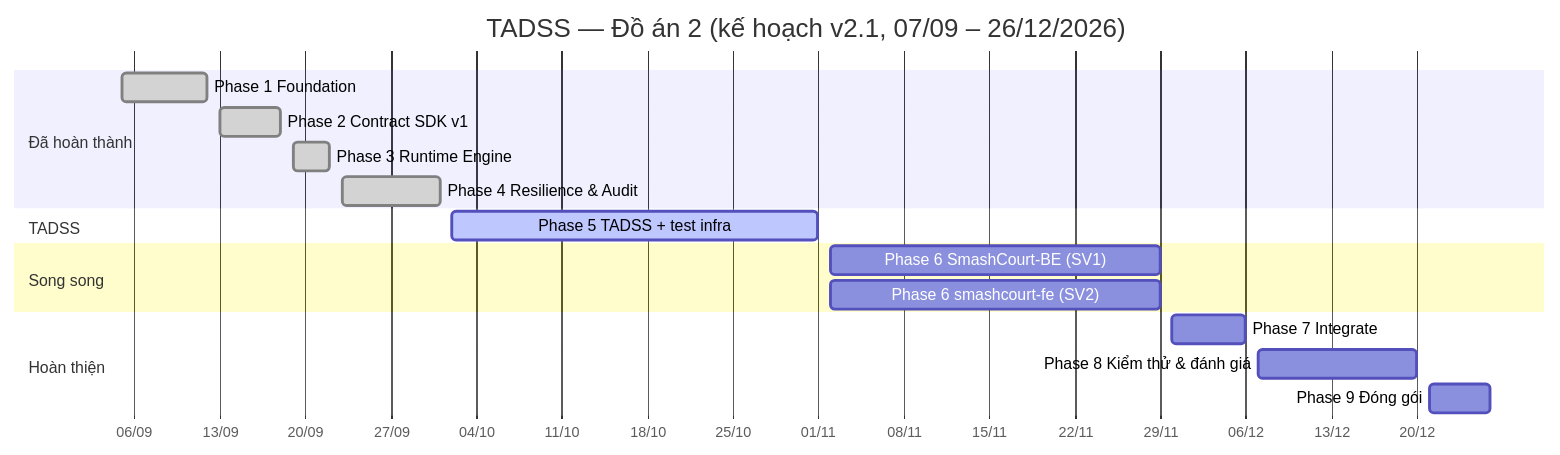
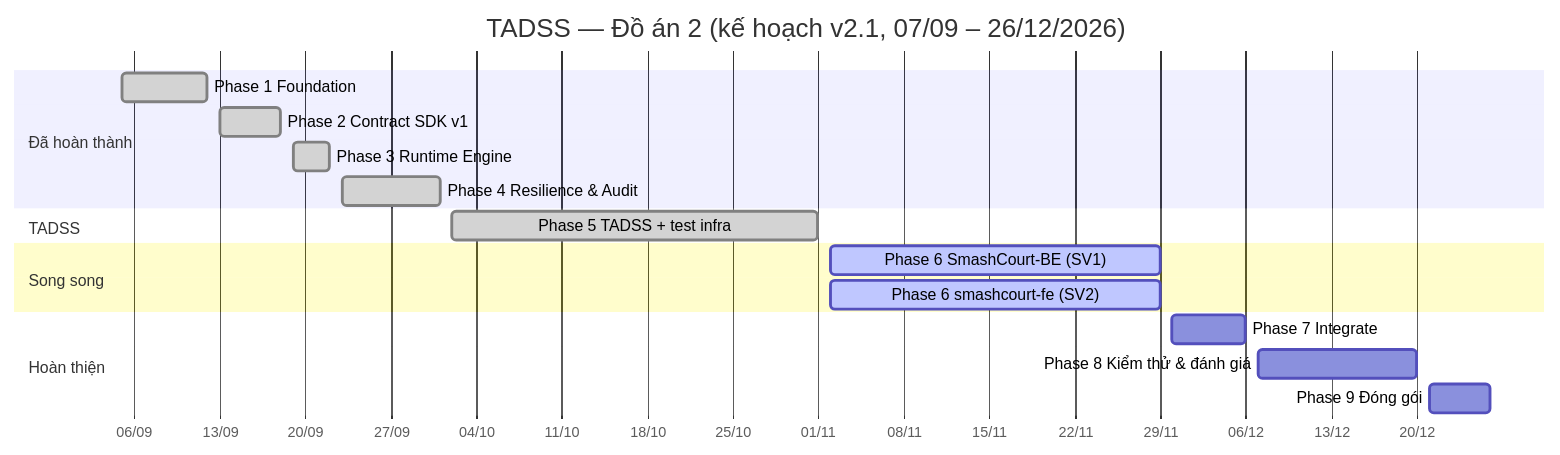
The diagram in docs/planning/MASTER_EXECUTION_PLAN.md (NguyenThanhTrung-N2T/TrustworthyAdaptiveDecisionSupportSystem-TADSS), drawn with Mermaid before and after one commit. The commit also changed other lines of this file and 358 other files, not shown here.

````diff
--- a/docs/planning/MASTER_EXECUTION_PLAN.md
+++ b/docs/planning/MASTER_EXECUTION_PLAN.md
@@ -78,20 +78,20 @@
 ```mermaid
 gantt
     title TADSS — Đồ án 2 (kế hoạch v2.1, 07/09 – 26/12/2026)
     dateFormat  YYYY-MM-DD
     axisFormat  %d/%m
     section Đã hoàn thành
     Phase 1 Foundation            :done, p1, 2026-09-05, 2026-09-12
     Phase 2 Contract SDK v1       :done, p2, 2026-09-13, 2026-09-18
     Phase 3 Runtime Engine        :done, p3, 2026-09-19, 2026-09-22
     Phase 4 Resilience & Audit    :done, p4, 2026-09-23, 2026-10-01
     section TADSS
-    Phase 5 TADSS + test infra    :active, p5, 2026-10-02, 2026-11-01
+    Phase 5 TADSS + test infra    :done, p5, 2026-10-02, 2026-11-01
     section Song song
-    Phase 6 SmashCourt-BE (SV1)   :p6b, 2026-11-02, 2026-11-29
-    Phase 6 smashcourt-fe (SV2)   :p6f, 2026-11-02, 2026-11-29
+    Phase 6 SmashCourt-BE (SV1)   :active, p6b, 2026-11-02, 2026-11-29
+    Phase 6 smashcourt-fe (SV2)   :active, p6f, 2026-11-02, 2026-11-29
     section Hoàn thiện
     Phase 7 Integrate             :p7, 2026-11-30, 2026-12-06
     Phase 8 Kiểm thử & đánh giá   :p8, 2026-12-07, 2026-12-20
     Phase 9 Đóng gói              :p9, 2026-12-21, 2026-12-26
 ```
````
